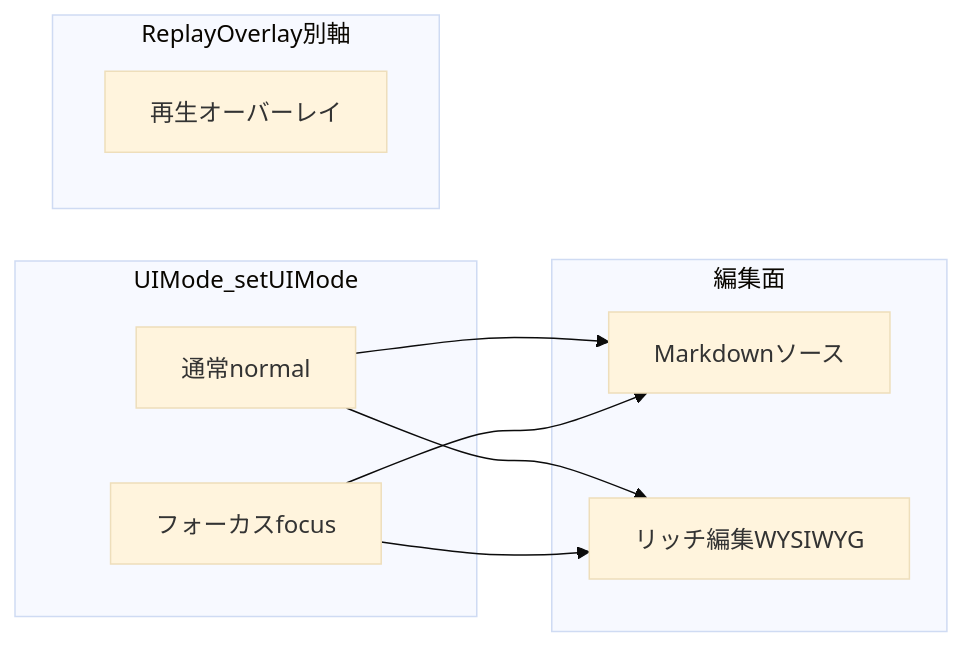
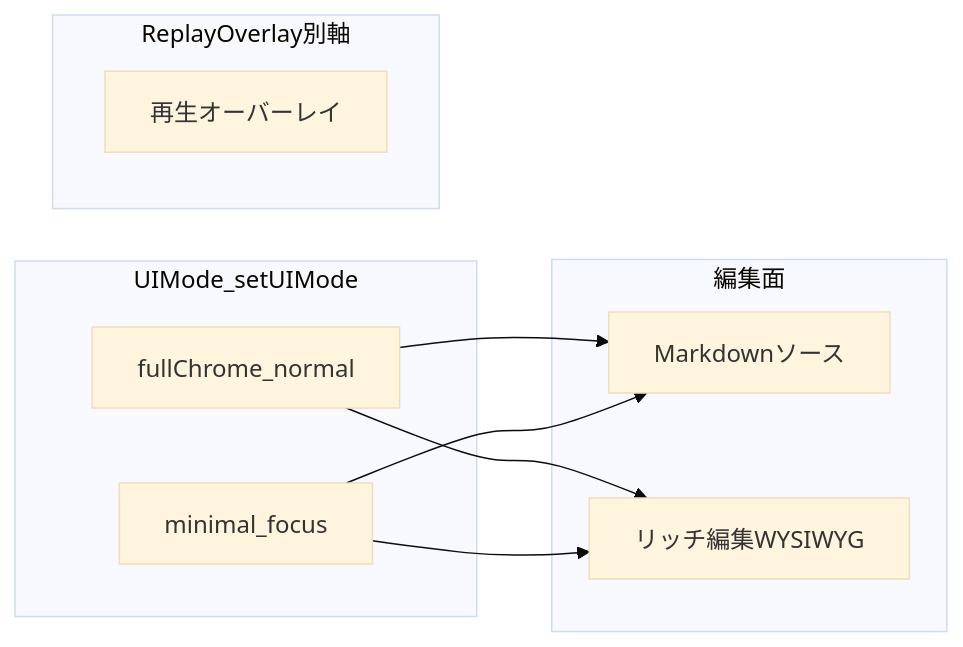
The diagram in docs/INTERACTION_NOTES.md (YuShimoji/WritingPage), drawn with Mermaid (base theme) before and after one commit. The commit also changed other lines of this file and 62 other files, not shown here.

First line of the commit message:
docs: UI表面台帳とドキュメント地図、WritingTools/E2E整合、編集ヒント文言修正

````diff
--- a/docs/INTERACTION_NOTES.md
+++ b/docs/INTERACTION_NOTES.md
@@ -72,18 +80,18 @@
 ```mermaid
 flowchart LR
   subgraph uiMode [UIMode_setUIMode]
-    Normal[通常normal]
-    Focus[フォーカスfocus]
+    Normal[fullChrome_normal]
+    Focus[minimal_focus]
   end
   subgraph overlay [ReplayOverlay別軸]
     Replay[再生オーバーレイ]
   end
   subgraph editSurface [編集面]
     Md[Markdownソース]
     Wys[リッチ編集WYSIWYG]
   end
   Normal --> Md
   Normal --> Wys
   Focus --> Md
   Focus --> Wys
 ```
````
